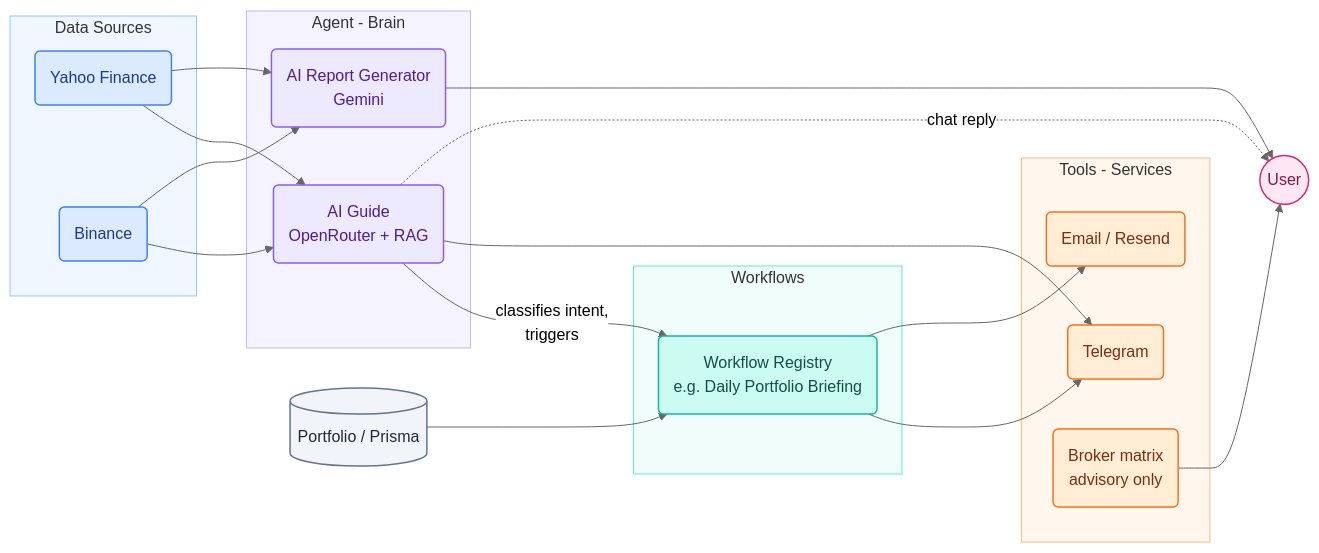
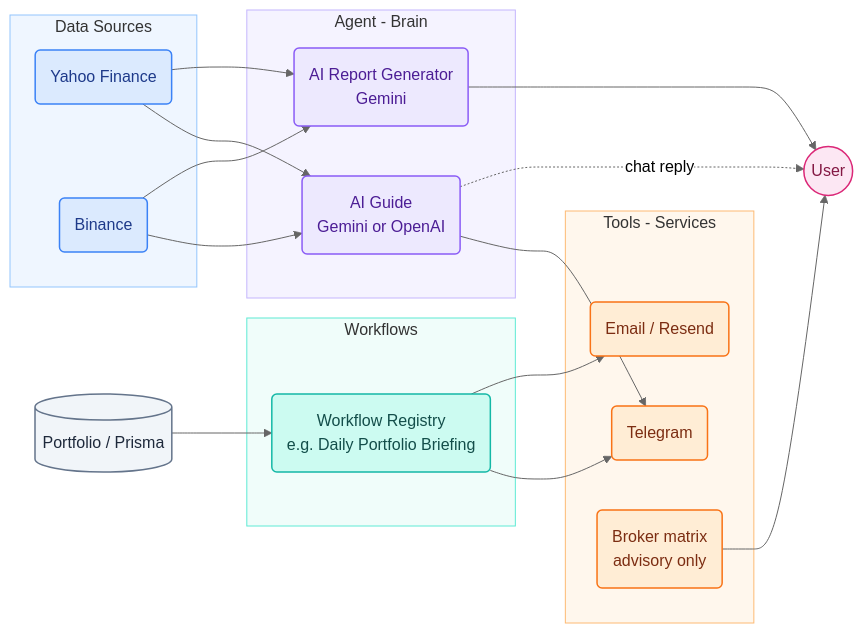
The diagram in README.md (Godslayer2003/alpha-trade-engine), drawn with Mermaid (neutral theme) before and after one commit. The commit also changed other lines of this file and 9 other files, not shown here.

Commit message:
Remove OpenRouter assistant integration

````diff
--- a/README.md
+++ b/README.md
@@ -55,56 +54,55 @@
 ```mermaid
 flowchart LR
     subgraph DS ["Data Sources"]
         YF("Yahoo Finance")
         BN("Binance")
     end
 
     subgraph AGT ["Agent - Brain"]
-        AG("AI Guide<br/>OpenRouter + RAG")
+        AG("AI Guide<br/>Gemini or OpenAI")
         RG("AI Report Generator<br/>Gemini")
     end
 
     subgraph WFS ["Workflows"]
         WF("Workflow Registry<br/>e.g. Daily Portfolio Briefing")
     end
 
     subgraph TLS ["Tools - Services"]
         TG("Telegram")
         EM("Email / Resend")
         BR("Broker matrix<br/>advisory only")
     end
 
     YF --> AG
     BN --> AG
     YF --> RG
     BN --> RG
 
     Portfolio[("Portfolio / Prisma")] --> WF
-    AG -- "classifies intent,<br/>triggers" --> WF
     WF --> TG
     WF --> EM
 
     AG --> TG
     AG -. "chat reply" .-> User(("User"))
     RG --> User
     BR --> User
 
     classDef dataSrc fill:#dbeafe,stroke:#3b82f6,stroke-width:1.5px,color:#1e3a8a;
     classDef agent fill:#ede9fe,stroke:#8b5cf6,stroke-width:1.5px,color:#4c1d95;
     classDef workflow fill:#ccfbf1,stroke:#14b8a6,stroke-width:1.5px,color:#134e4a;
     classDef tool fill:#ffedd5,stroke:#f97316,stroke-width:1.5px,color:#7c2d12;
     classDef store fill:#f1f5f9,stroke:#64748b,stroke-width:1.5px,color:#1e293b;
     classDef userNode fill:#fce7f3,stroke:#db2777,stroke-width:1.5px,color:#831843;
 
     class YF,BN dataSrc;
     class AG,RG agent;
     class WF workflow;
     class TG,EM,BR tool;
     class Portfolio store;
     class User userNode;
 
     style DS fill:#eff6ff,stroke:#93c5fd,stroke-width:1px;
     style AGT fill:#f5f3ff,stroke:#c4b5fd,stroke-width:1px;
     style WFS fill:#f0fdfa,stroke:#5eead4,stroke-width:1px;
     style TLS fill:#fff7ed,stroke:#fdba74,stroke-width:1px;
 ```
````
